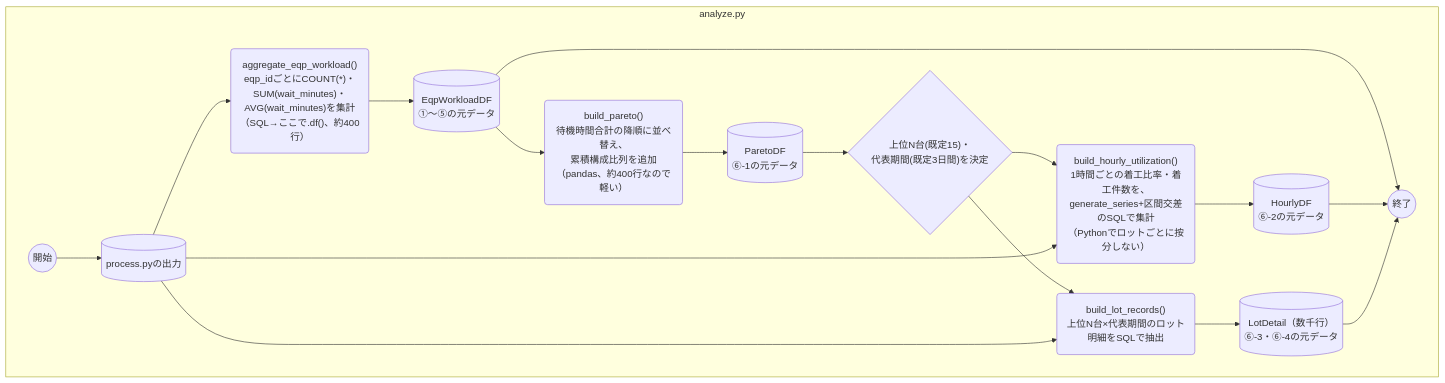
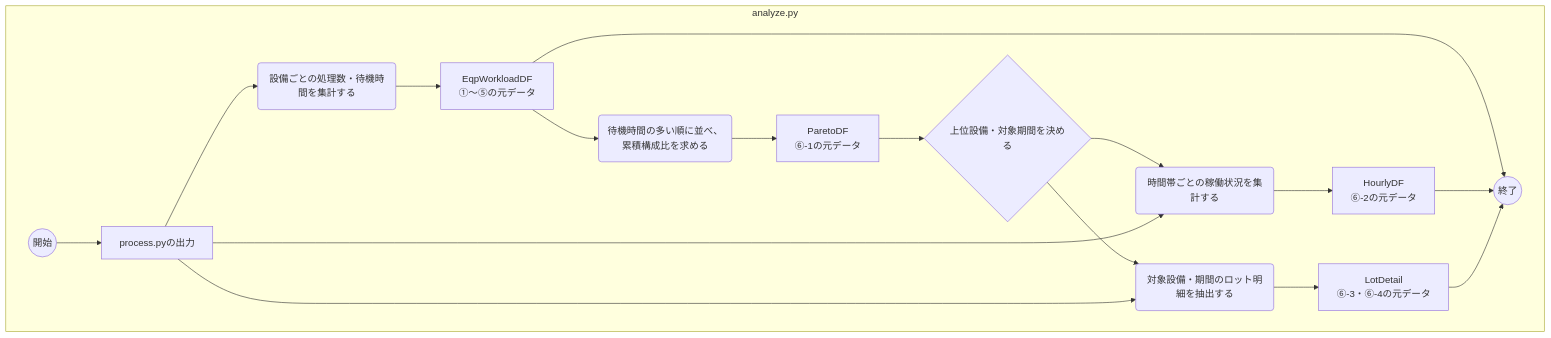
Before and after one commit to mukumuyi/AnalyseTool: the fourth of 7 diagrams in .steering/20260830-eqp-workload-analysis/design.md, drawn with Mermaid. The commit also changed other lines of this file and 1 other file, not shown here.

````diff
--- a/.steering/20260830-eqp-workload-analysis/design.md
+++ b/.steering/20260830-eqp-workload-analysis/design.md
@@ -113,20 +123,20 @@
 ```mermaid
 flowchart TD
     subgraph SW3["analyze.py"]
-        Start3((開始)) --> In3[("process.pyの出力")]
-        In3 --> AggBar3("aggregate_eqp_workload()<br/>eqp_idごとにCOUNT(*)・SUM(wait_minutes)・<br/>AVG(wait_minutes)を集計（SQL→ここで.df()、約400行）")
-        AggBar3 --> WorkloadDF3[("EqpWorkloadDF<br/>①〜⑤の元データ")]
-        WorkloadDF3 --> Pareto3("build_pareto()<br/>待機時間合計の降順に並べ替え、<br/>累積構成比列を追加（pandas、約400行なので軽い）")
-        Pareto3 --> ParetoDF3[("ParetoDF<br/>⑥-1の元データ")]
-        ParetoDF3 --> Decide3{"上位N台(既定15)・<br/>代表期間(既定3日間)を決定"}
-        Decide3 --> Hourly3("build_hourly_utilization()<br/>1時間ごとの着工比率・着工件数を、<br/>generate_series+区間交差のSQLで集計<br/>（Pythonでロットごとに按分しない）")
+        Start3((開始)) --> In3["process.pyの出力"]
+        In3 --> AggBar3("設備ごとの処理数・待機時間を集計する")
+        AggBar3 --> WorkloadDF3["EqpWorkloadDF<br/>①〜⑤の元データ"]
+        WorkloadDF3 --> Pareto3("待機時間の多い順に並べ、<br/>累積構成比を求める")
+        Pareto3 --> ParetoDF3["ParetoDF<br/>⑥-1の元データ"]
+        ParetoDF3 --> Decide3{"上位設備・対象期間を決める"}
+        Decide3 --> Hourly3("時間帯ごとの稼働状況を集計する")
         In3 --> Hourly3
-        Hourly3 --> HourlyDF3[("HourlyDF<br/>⑥-2の元データ")]
-        Decide3 --> LotDetail3("build_lot_records()<br/>上位N台×代表期間のロット明細をSQLで抽出")
+        Hourly3 --> HourlyDF3["HourlyDF<br/>⑥-2の元データ"]
+        Decide3 --> LotDetail3("対象設備・期間のロット明細を抽出する")
         In3 --> LotDetail3
-        LotDetail3 --> LotDetailData3[("LotDetail（数千行）<br/>⑥-3・⑥-4の元データ")]
+        LotDetail3 --> LotDetailData3["LotDetail<br/>⑥-3・⑥-4の元データ"]
         WorkloadDF3 --> End3((終了))
         HourlyDF3 --> End3
         LotDetailData3 --> End3
     end
 ```
````
